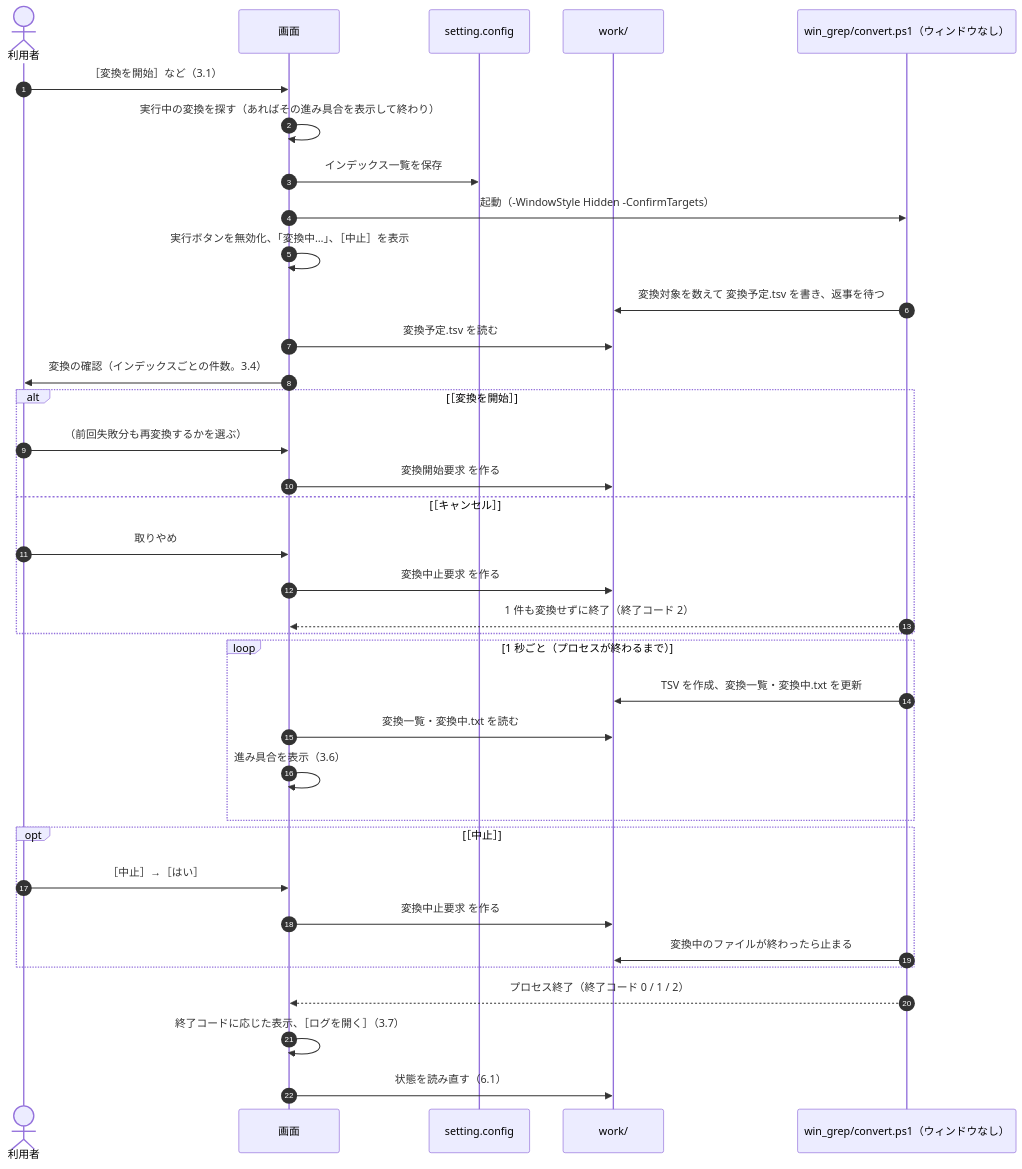
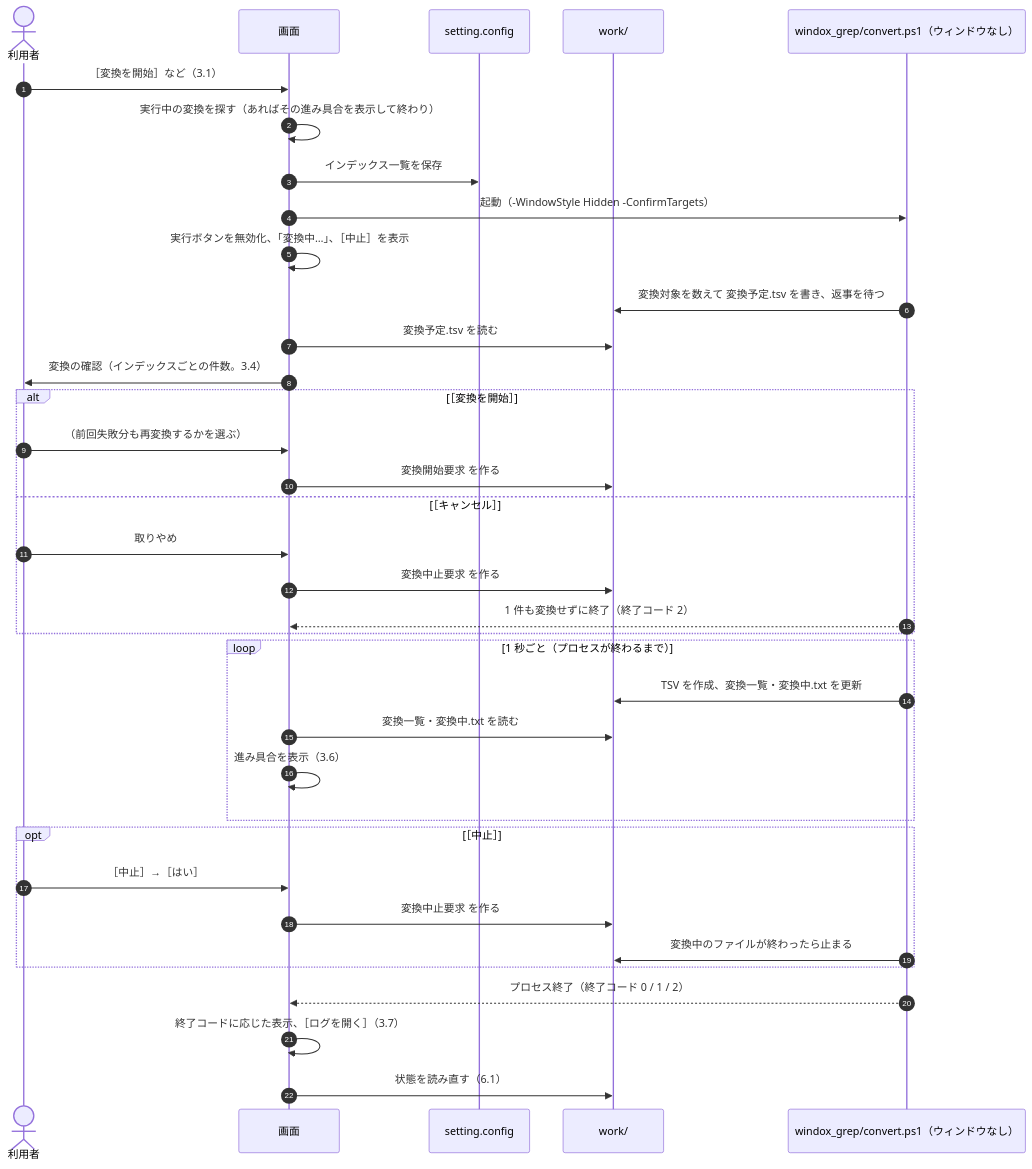
One commit to hsgwa/tebunko changed the third of 4 diagrams in docs/03_画面_4_状態と操作の流れ.md. Above: the diagram before and after it, drawn with Mermaid. The commit also changed other lines of this file and 108 other files, not shown here.

First line of the commit message:
リポジトリ名を windox にし、ツール名を windox_grep へ改める

````diff
--- a/docs/03_画面_4_状態と操作の流れ.md
+++ b/docs/03_画面_4_状態と操作の流れ.md
@@ -80,39 +80,39 @@
 ```mermaid
 sequenceDiagram
     autonumber
     actor U as 利用者
     participant G as 画面
     participant C as setting.config
     participant W as work/
-    participant P as win_grep/convert.ps1（ウィンドウなし）
+    participant P as windox_grep/convert.ps1（ウィンドウなし）
 
     U->>G: ［変換を開始］など（3.1）
     G->>G: 実行中の変換を探す（あればその進み具合を表示して終わり）
     G->>C: インデックス一覧を保存
     G->>P: 起動（-WindowStyle Hidden -ConfirmTargets）
     G->>G: 実行ボタンを無効化、「変換中…」、［中止］を表示
     P->>W: 変換対象を数えて 変換予定.tsv を書き、返事を待つ
     G->>W: 変換予定.tsv を読む
     G->>U: 変換の確認（インデックスごとの件数。3.4）
     alt ［変換を開始］
         U->>G: （前回失敗分も再変換するかを選ぶ）
         G->>W: 変換開始要求 を作る
     else ［キャンセル］
         U->>G: 取りやめ
         G->>W: 変換中止要求 を作る
         P-->>G: 1 件も変換せずに終了（終了コード 2）
     end
     loop 1 秒ごと（プロセスが終わるまで）
         P->>W: TSV を作成、変換一覧・変換中.txt を更新
         G->>W: 変換一覧・変換中.txt を読む
         G->>G: 進み具合を表示（3.6）
     end
     opt ［中止］
         U->>G: ［中止］→［はい］
         G->>W: 変換中止要求 を作る
         P->>W: 変換中のファイルが終わったら止まる
     end
     P-->>G: プロセス終了（終了コード 0 / 1 / 2）
     G->>G: 終了コードに応じた表示、［ログを開く］（3.7）
     G->>W: 状態を読み直す（6.1）
 ```
````
